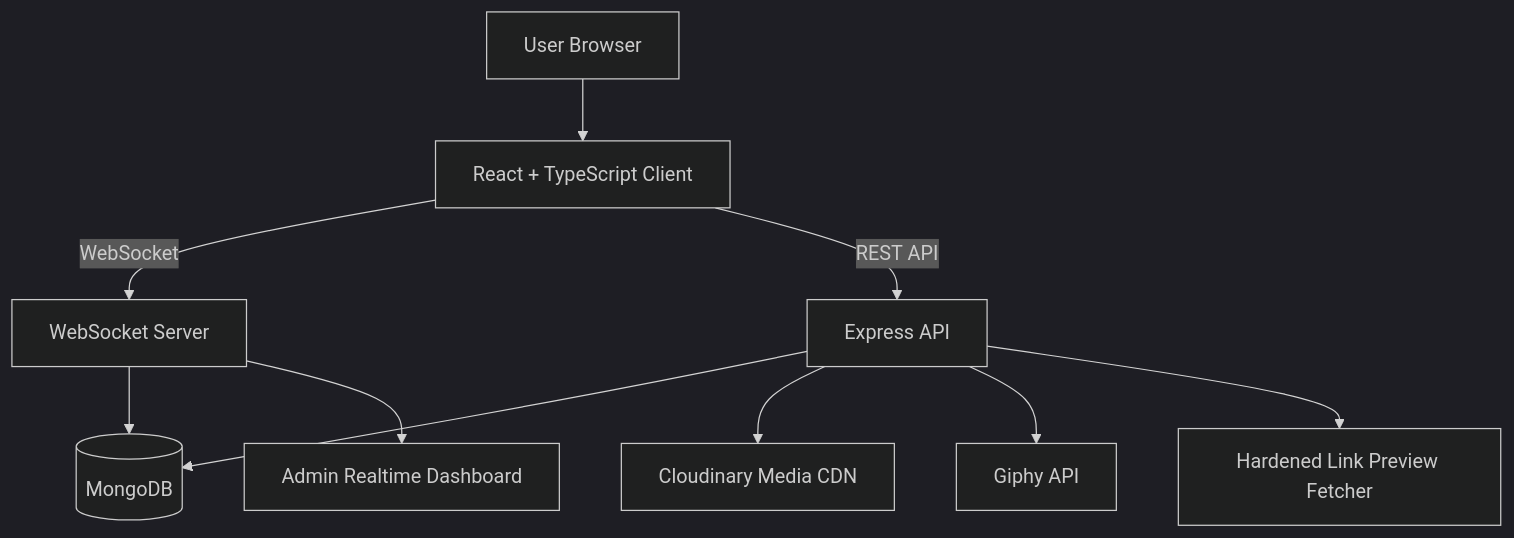
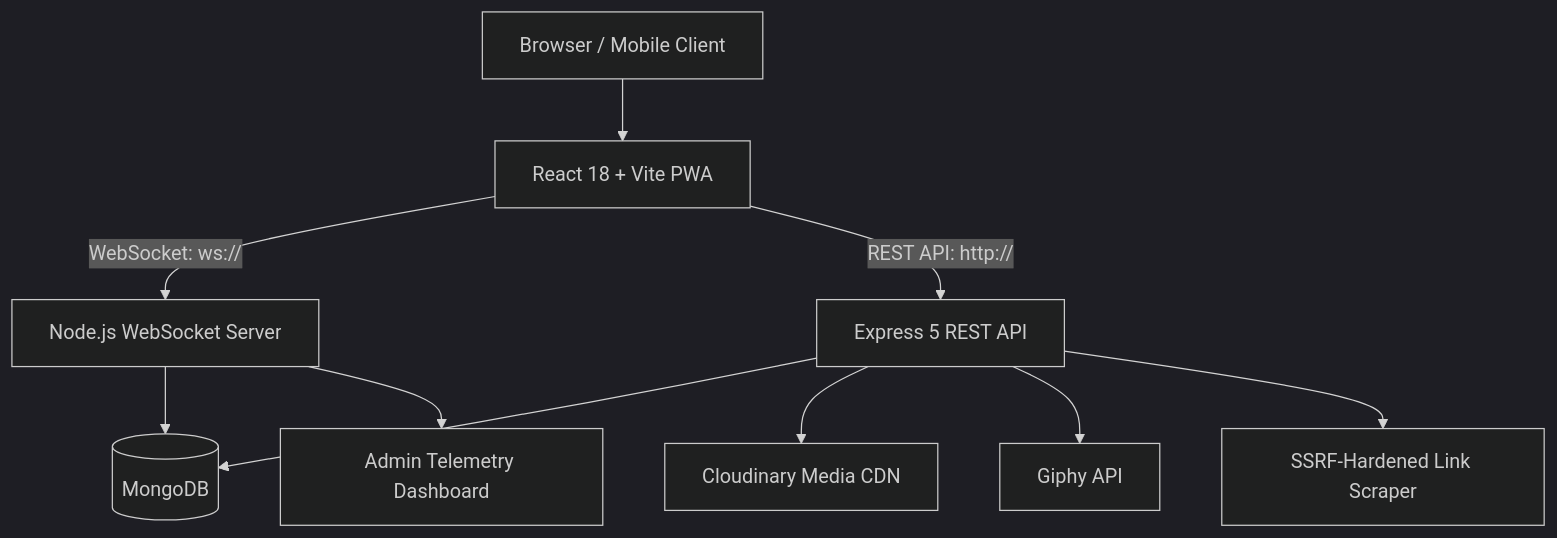
The diagram in README.md (2harshpandey/pulse-chat), drawn with Mermaid (dark theme) before and after one commit. The commit also changed other lines of this file and 3 other files, not shown here.

````diff
--- a/README.md
+++ b/README.md
@@ -344,12 +98,12 @@
 ```mermaid
 flowchart TB
-  User[User Browser] --> React[React + TypeScript Client]
-  React -->|WebSocket| WS[WebSocket Server]
-  React -->|REST API| API[Express API]
+  User[Browser / Mobile Client] --> React[React 18 + Vite PWA]
+  React -->|WebSocket: ws://| WS[Node.js WebSocket Server]
+  React -->|REST API: http://| API[Express 5 REST API]
   API --> Mongo[(MongoDB)]
   WS --> Mongo
   API --> Cloudinary[Cloudinary Media CDN]
   API --> Giphy[Giphy API]
-  API --> Preview[Hardened Link Preview Fetcher]
-  WS --> Admin[Admin Realtime Dashboard]
+  API --> Preview[SSRF-Hardened Link Scraper]
+  WS --> Admin[Admin Telemetry Dashboard]
 ```
````
